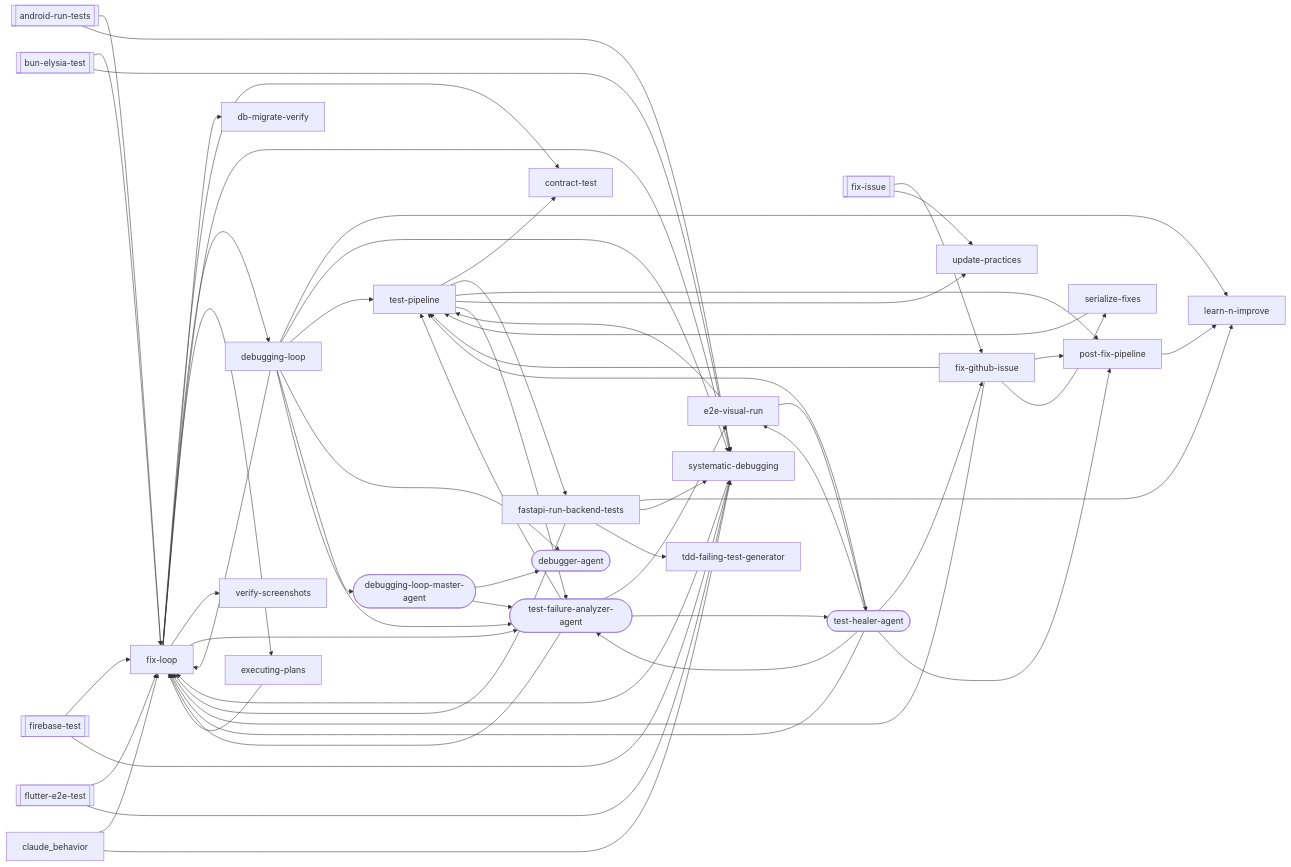
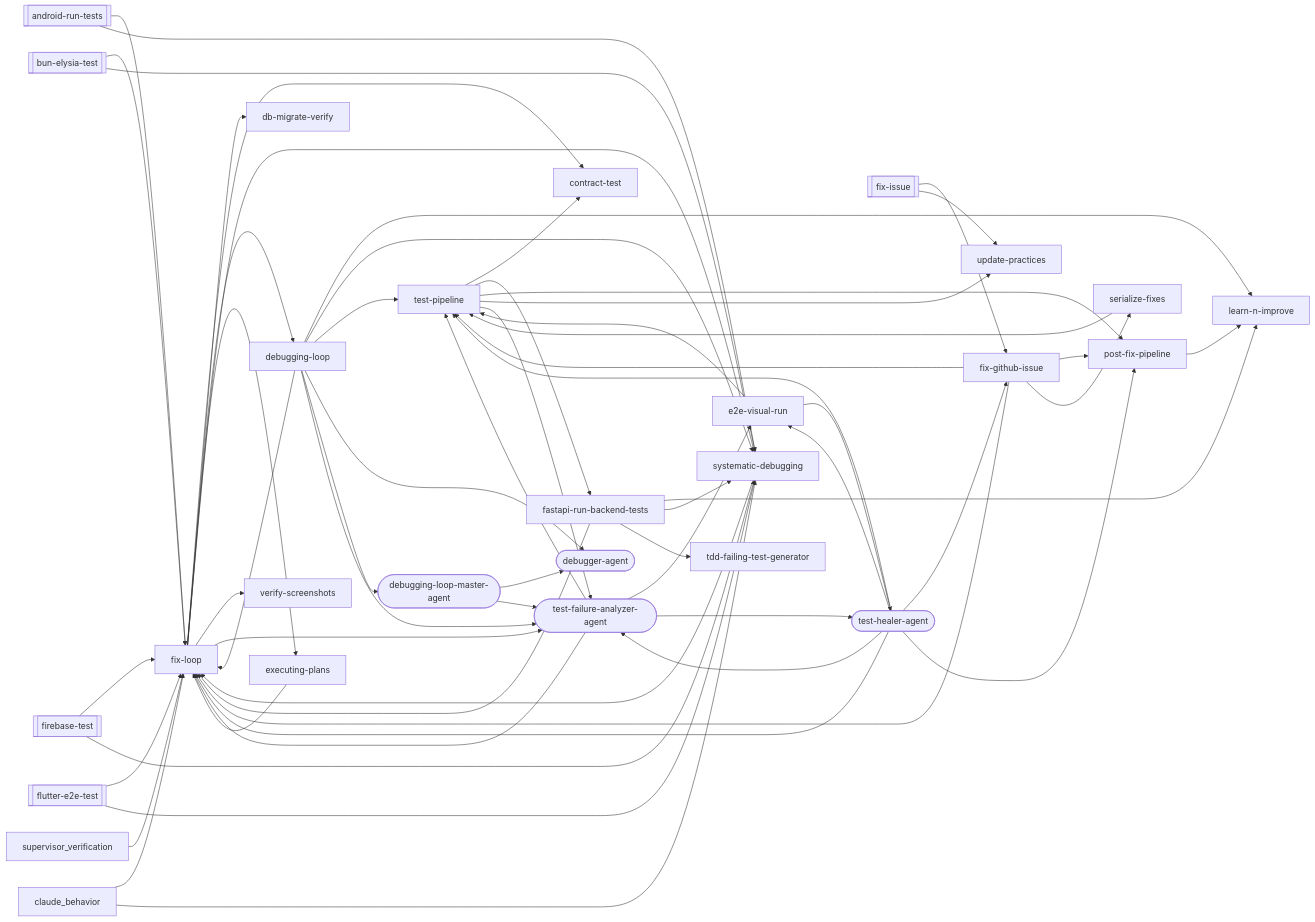
The third of 25 diagrams in docs/workflows/debugging-loop.md (abhayla/claude-best-practices), drawn with Mermaid before and after one commit. The commit also changed other lines of this file and 13 other files, not shown here.

````diff
--- a/docs/workflows/debugging-loop.md
+++ b/docs/workflows/debugging-loop.md
@@ -769,4 +771,5 @@
     test_healer_agent --> test_failure_analyzer_agent
     claude_behavior --> fix_loop
     claude_behavior --> systematic_debugging
+    supervisor_verification --> fix_loop
 ```
````
